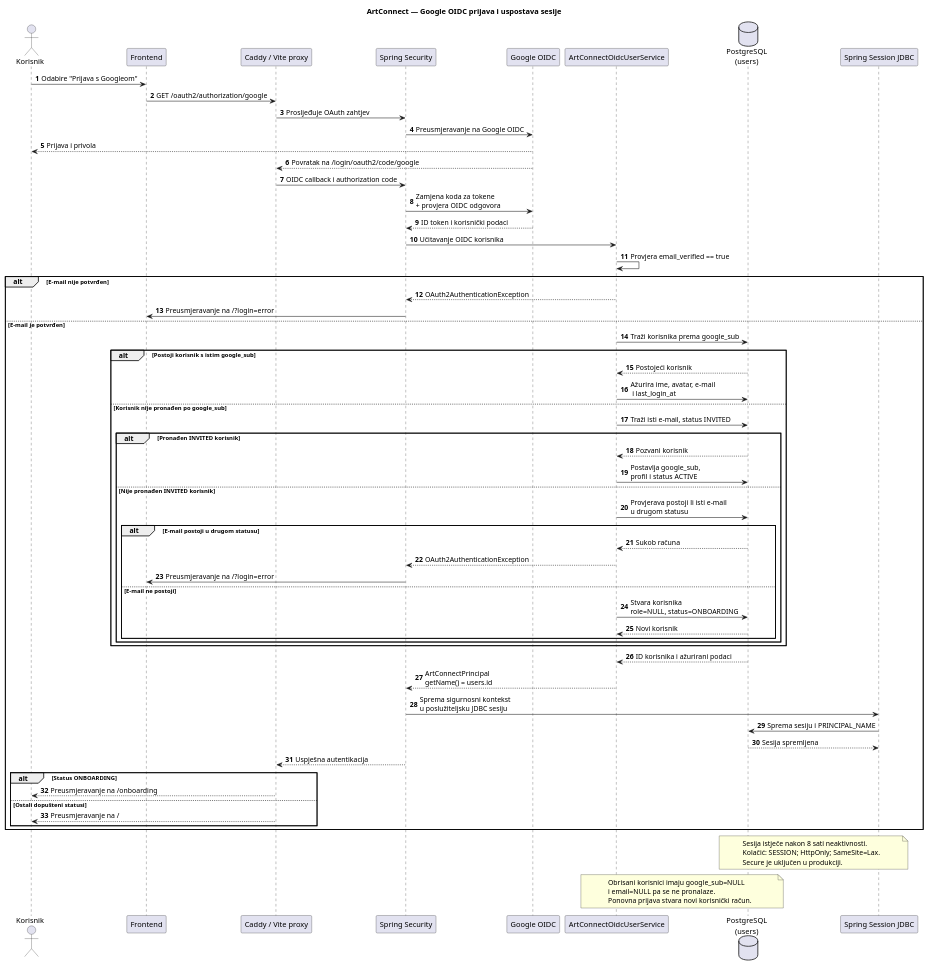
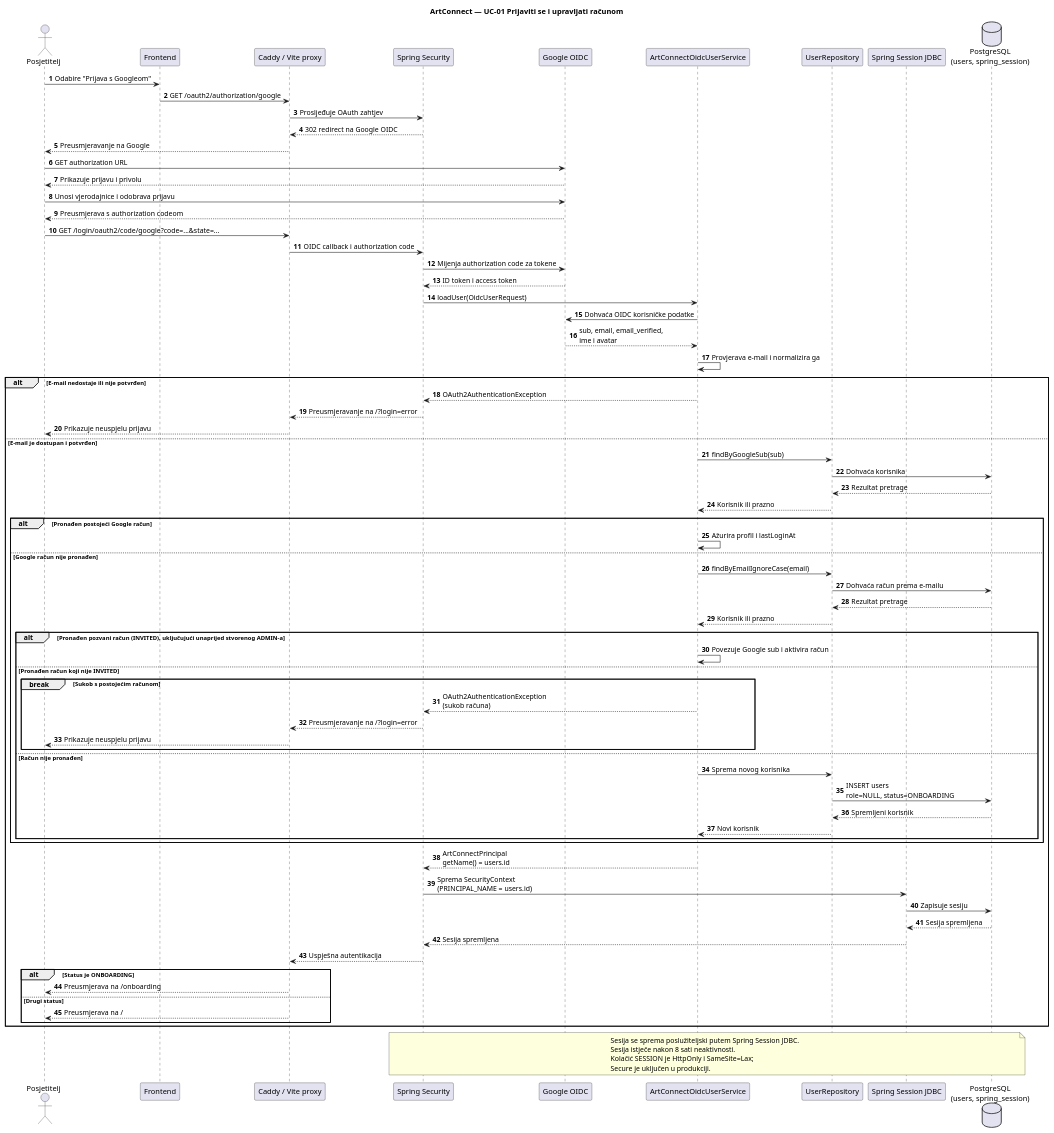
One commit to LD05-fk/Strumfovi changed the diagram in docs/puml/4-4-artconnect-google-login-SD.puml. Above: the diagram before and after it, drawn with PlantUML. The commit also changed other lines of this file and 21 other files, not shown here.

```diff
--- a/docs/puml/4-4-artconnect-google-login-SD.puml
+++ b/docs/puml/4-4-artconnect-google-login-SD.puml
@@ -2,79 +1,88 @@
 @startuml
-title ArtConnect — Google OIDC prijava i uspostava sesije
+title ArtConnect — UC-01 Prijaviti se i upravljati računom
 
 autonumber
 
-actor "Korisnik" as User
+actor "Posjetitelj" as User
 participant "Frontend" as FE
 participant "Caddy / Vite proxy" as Proxy
 participant "Spring Security" as Security
 participant "Google OIDC" as Google
 participant "ArtConnectOidcUserService" as OidcService
-database "PostgreSQL\n(users)" as DB
+participant "UserRepository" as UserRepository
 participant "Spring Session JDBC" as Session
+database "PostgreSQL\n(users, spring_session)" as DB
 
 User -> FE: Odabire "Prijava s Googleom"
 FE -> Proxy: GET /oauth2/authorization/google
 Proxy -> Security: Prosljeđuje OAuth zahtjev
-Security -> Google: Preusmjeravanje na Google OIDC
-Google --> User: Prijava i privola
-Google --> Proxy: Povratak na /login/oauth2/code/google
+Security --> Proxy: 302 redirect na Google OIDC
+Proxy --> User: Preusmjeravanje na Google
+User -> Google: GET authorization URL
+Google --> User: Prikazuje prijavu i privolu
+User -> Google: Unosi vjerodajnice i odobrava prijavu
+Google --> User: Preusmjerava s authorization codeom
+User -> Proxy: GET /login/oauth2/code/google?code=...&state=...
 Proxy -> Security: OIDC callback i authorization code
-Security -> Google: Zamjena koda za tokene\n+ provjera OIDC odgovora
-Google --> Security: ID token i korisnički podaci
-Security -> OidcService: Učitavanje OIDC korisnika
+Security -> Google: Mijenja authorization code za tokene
+Google --> Security: ID token i access token
+Security -> OidcService: loadUser(OidcUserRequest)
+OidcService -> Google: Dohvaća OIDC korisničke podatke
+Google --> OidcService: sub, email, email_verified,\nime i avatar
 
-OidcService -> OidcService: Provjera email_verified == true
+OidcService -> OidcService: Provjerava e-mail i normalizira ga
+alt E-mail nedostaje ili nije potvrđen
+    OidcService --> Security: OAuth2AuthenticationException
+    Security --> Proxy: Preusmjeravanje na /?login=error
+    Proxy --> User: Prikazuje neuspjelu prijavu
+else E-mail je dostupan i potvrđen
+    OidcService -> UserRepository: findByGoogleSub(sub)
+    UserRepository -> DB: Dohvaća korisnika
+    DB --> UserRepository: Rezultat pretrage
+    UserRepository --> OidcService: Korisnik ili prazno
 
-alt E-mail nije potvrđen
-    OidcService --> Security: OAuth2AuthenticationException
-    Security -> FE: Preusmjeravanje na /?login=error
-else E-mail je potvrđen
-    OidcService -> DB: Traži korisnika prema google_sub
-    alt Postoji korisnik s istim google_sub
-        DB --> OidcService: Postojeći korisnik
-        OidcService -> DB: Ažurira ime, avatar, e-mail\n i last_login_at
-    else Korisnik nije pronađen po google_sub
-        OidcService -> DB: Traži isti e-mail, status INVITED
-        alt Pronađen INVITED korisnik
-            DB --> OidcService: Pozvani korisnik
-            OidcService -> DB: Postavlja google_sub,\nprofil i status ACTIVE
-        else Nije pronađen INVITED korisnik
-            OidcService -> DB: Provjerava postoji li isti e-mail\nu drugom statusu
-            alt E-mail postoji u drugom statusu
-                DB --> OidcService: Sukob računa
-                OidcService --> Security: OAuth2AuthenticationException
-                Security -> FE: Preusmjeravanje na /?login=error
-            else E-mail ne postoji
-                OidcService -> DB: Stvara korisnika\nrole=NULL, status=ONBOARDING
-                DB --> OidcService: Novi korisnik
+    alt Pronađen postojeći Google račun
+        OidcService -> OidcService: Ažurira profil i lastLoginAt
+    else Google račun nije pronađen
+        OidcService -> UserRepository: findByEmailIgnoreCase(email)
+        UserRepository -> DB: Dohvaća račun prema e-mailu
+        DB --> UserRepository: Rezultat pretrage
+        UserRepository --> OidcService: Korisnik ili prazno
+
+        alt Pronađen pozvani račun (INVITED), uključujući unaprijed stvorenog ADMIN-a
+            OidcService -> OidcService: Povezuje Google sub i aktivira račun
+        else Pronađen račun koji nije INVITED
+            break Sukob s postojećim računom
+            OidcService --> Security: OAuth2AuthenticationException\n(sukob računa)
+            Security --> Proxy: Preusmjeravanje na /?login=error
+            Proxy --> User: Prikazuje neuspjelu prijavu
             end
+        else Račun nije pronađen
+            OidcService -> UserRepository: Sprema novog korisnika
+            UserRepository -> DB: INSERT users\nrole=NULL, status=ONBOARDING
+            DB --> UserRepository: Spremljeni korisnik
+            UserRepository --> OidcService: Novi korisnik
         end
     end
 
-    DB --> OidcService: ID korisnika i ažurirani podaci
     OidcService --> Security: ArtConnectPrincipal\ngetName() = users.id
-    Security -> Session: Sprema sigurnosni kontekst\nu poslužiteljsku JDBC sesiju
-    Session -> DB: Sprema sesiju i PRINCIPAL_NAME
+    Security -> Session: Sprema SecurityContext\n(PRINCIPAL_NAME = users.id)
+    Session -> DB: Zapisuje sesiju
     DB --> Session: Sesija spremljena
+    Session --> Security: Sesija spremljena
     Security --> Proxy: Uspješna autentikacija
-    alt Status ONBOARDING
-        Proxy --> User: Preusmjeravanje na /onboarding
-    else Ostali dopušteni statusi
-        Proxy --> User: Preusmjeravanje na /
+    alt Status je ONBOARDING
+        Proxy --> User: Preusmjerava na /onboarding
+    else Drugi status
+        Proxy --> User: Preusmjerava na /
     end
 end
 
-note over Session,DB
+note over Security,DB
+Sesija se sprema poslužiteljski putem Spring Session JDBC.
 Sesija istječe nakon 8 sati neaktivnosti.
-Kolačić: SESSION; HttpOnly; SameSite=Lax.
+Kolačić SESSION je HttpOnly i SameSite=Lax;
 Secure je uključen u produkciji.
 end note
 
-note over OidcService,DB
-Obrisani korisnici imaju google_sub=NULL
-i email=NULL pa se ne pronalaze.
-Ponovna prijava stvara novi korisnički račun.
-end note
-
 @enduml
```
